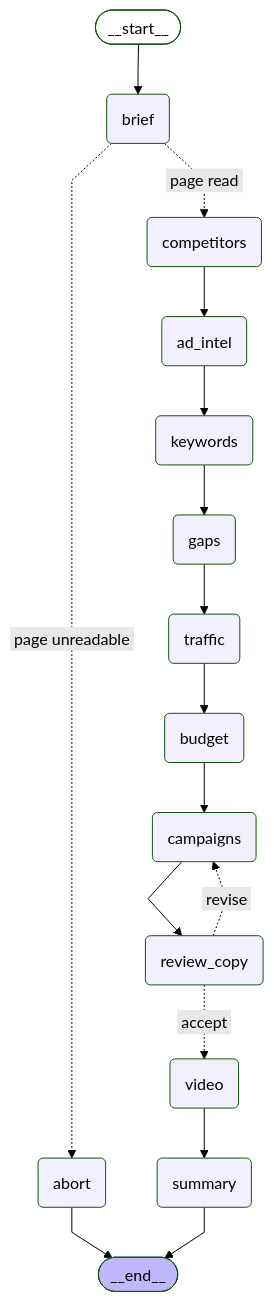
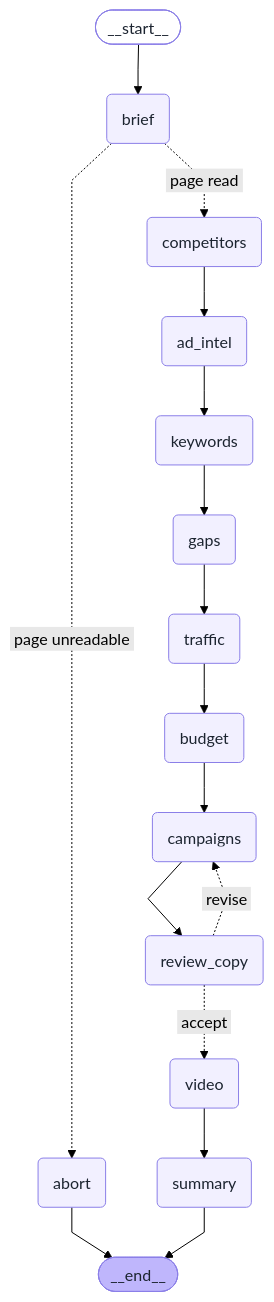
The fifth of 6 diagrams in README.md (hammadahmadbhatti/AdStrategist), drawn with Mermaid (forest theme) before and after one commit. The commit also changed other lines of this file and 2 other files, not shown here.

Commit message:
Make generated LangGraph diagrams readable on dark backgrounds

````diff
--- a/README.md
+++ b/README.md
@@ -189,40 +189,40 @@
 ```mermaid
 ---
 config:
   flowchart:
     curve: linear
 ---
 graph TD;
 	__start__([<p>__start__</p>]):::first
 	brief(brief)
 	competitors(competitors)
 	ad_intel(ad_intel)
 	keywords(keywords)
 	gaps(gaps)
 	traffic(traffic)
 	budget(budget)
 	campaigns(campaigns)
 	video(video)
 	summary(summary)
 	abort(abort)
 	review_copy(review_copy)
 	__end__([<p>__end__</p>]):::last
 	__start__ --> brief;
 	ad_intel --> keywords;
 	brief -. &nbsp;page unreadable&nbsp; .-> abort;
 	brief -. &nbsp;page read&nbsp; .-> competitors;
 	budget --> campaigns;
 	campaigns --> review_copy;
 	competitors --> ad_intel;
 	gaps --> traffic;
 	keywords --> gaps;
 	review_copy -. &nbsp;revise&nbsp; .-> campaigns;
 	review_copy -. &nbsp;accept&nbsp; .-> video;
 	traffic --> budget;
 	video --> summary;
 	abort --> __end__;
 	summary --> __end__;
-	classDef default fill:#f2f0ff,line-height:1.2
+	classDef default fill:#f2f0ff,color:#1c2430,stroke:#8b7fe8,line-height:1.2
 	classDef first fill-opacity:0
-	classDef last fill:#bfb6fc
+	classDef last fill:#bfb6fc,color:#1c2430
 ```
````
